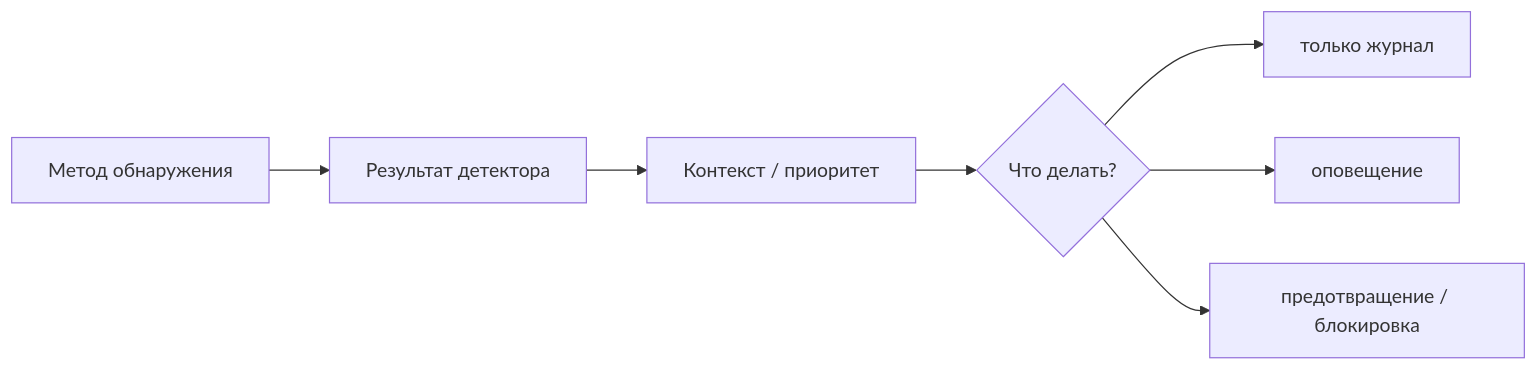
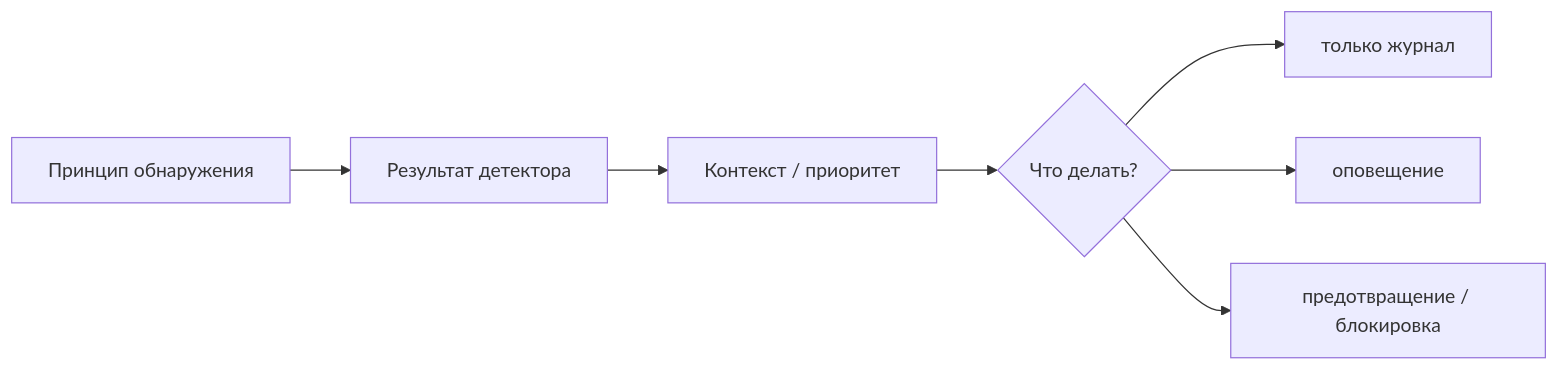
One commit to 11ndra/spvo changed the fifth of 6 diagrams in docs/course/05-firewall-vs-idps.md. Above: the diagram before and after it, drawn with Mermaid. The commit also changed other lines of this file and 21 other files, not shown here.

````diff
--- a/docs/course/05-firewall-vs-idps.md
+++ b/docs/course/05-firewall-vs-idps.md
@@ -385,9 +356,9 @@
 ```mermaid
 flowchart LR
-    D[Метод обнаружения] --> R[Результат детектора]
+    D[Принцип обнаружения] --> R[Результат детектора]
     R --> P[Контекст / приоритет]
     P --> A{Что делать?}
     A --> L[только журнал]
     A --> N[оповещение]
     A --> B[предотвращение / блокировка]
 ```
````
